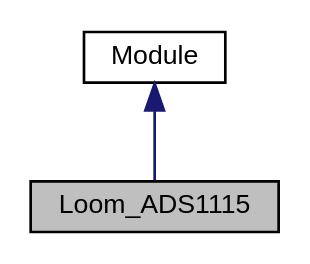
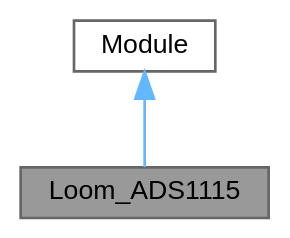
Before and after one commit to OPEnSLab-OSU/Loom-V4: the diagram in docs/class_loom___a_d_s1115__inherit__graph.dot, drawn with Graphviz. The commit also changed 773 other files, not shown here.

```diff
--- a/docs/class_loom___a_d_s1115__inherit__graph.dot
+++ b/docs/class_loom___a_d_s1115__inherit__graph.dot
@@ -1,9 +1,10 @@
 digraph "Loom_ADS1115"
 {
  // LATEX_PDF_SIZE
-  edge [fontname="Helvetica",fontsize="10",labelfontname="Helvetica",labelfontsize="10"];
-  node [fontname="Helvetica",fontsize="10",shape=record];
-  Node1 [label="Loom_ADS1115",height=0.2,width=0.4,color="black", fillcolor="grey75", style="filled", fontcolor="black",tooltip="Functionality for the ADS1115."];
-  Node2 -> Node1 [dir="back",color="midnightblue",fontsize="10",style="solid",fontname="Helvetica"];
-  Node2 [label="Module",height=0.2,width=0.4,color="black", fillcolor="white", style="filled",URL="$class_module.html",tooltip="General overarching interface to provide basic unified functionality."];
+  bgcolor="transparent";
+  edge [fontname=Helvetica,fontsize=10,labelfontname=Helvetica,labelfontsize=10];
+  node [fontname=Helvetica,fontsize=10,shape=box,height=0.2,width=0.4];
+  Node1 [label="Loom_ADS1115",height=0.2,width=0.4,color="gray40", fillcolor="grey60", style="filled", fontcolor="black",tooltip=" "];
+  Node2 -> Node1 [dir="back",color="steelblue1",style="solid"];
+  Node2 [label="Module",height=0.2,width=0.4,color="gray40", fillcolor="white", style="filled",URL="$class_module.html",tooltip=" "];
 }
```
